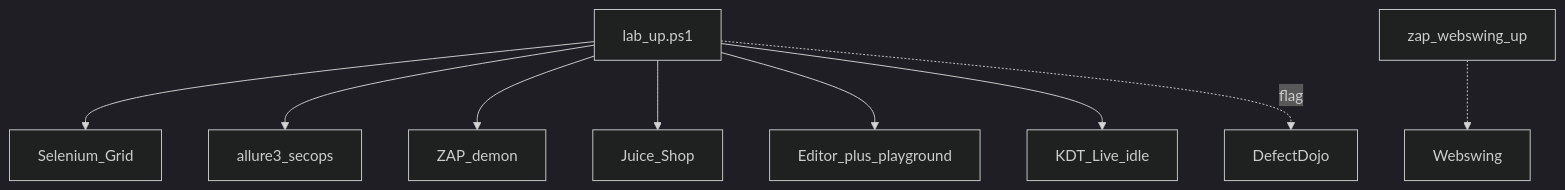
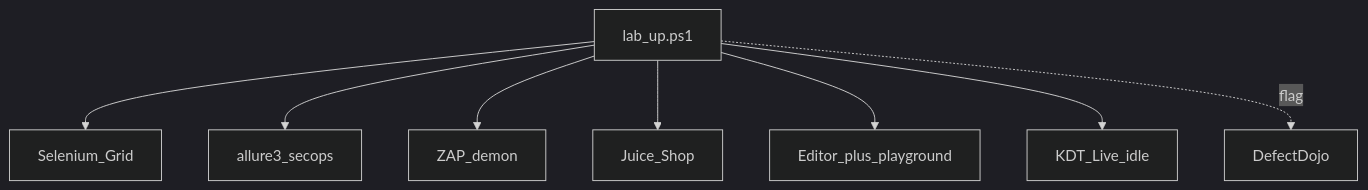
One commit to prettyk-io/prettyk-secops changed the diagram in sanctuary/pure/lab-up.md. Above: the diagram before and after it, drawn with Mermaid (dark theme). The commit also changed other lines of this file and 453 other files, not shown here.

````diff
--- a/sanctuary/pure/lab-up.md
+++ b/sanctuary/pure/lab-up.md
@@ -10,11 +10,10 @@
 ```mermaid
 flowchart TB
   LabUp[lab_up.ps1] --> Grid[Selenium_Grid]
   LabUp --> Allure[allure3_secops]
   LabUp --> Demon[ZAP_demon]
   LabUp --> Juice[Juice_Shop]
   LabUp --> UI[Editor_plus_playground]
   LabUp --> Live[KDT_Live_idle]
   LabUp -.->|flag| Dojo[DefectDojo]
-  OptIn[zap_webswing_up] -.-> Swing[Webswing]
 ```
````
